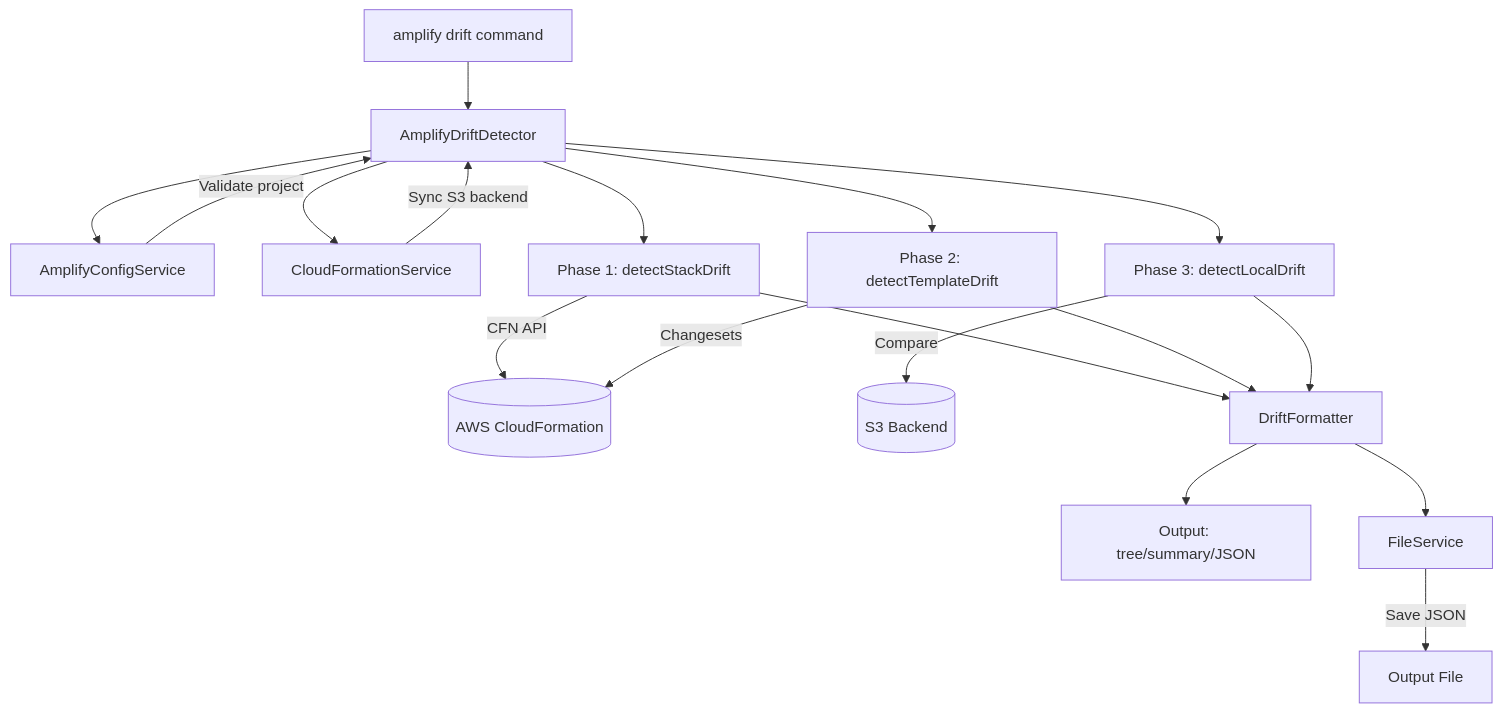
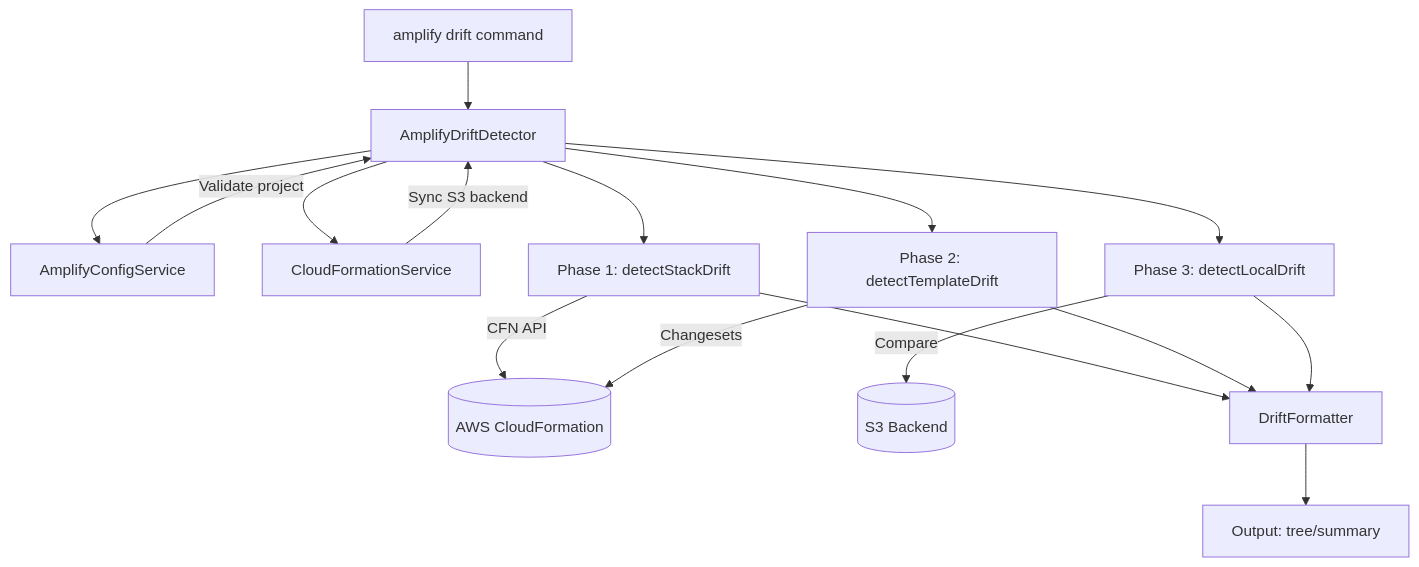
One commit to aws-amplify/amplify-cli changed the first of 2 diagrams in docs/amplify-cli/src/drift.md. Above: the diagram before and after it, drawn with Mermaid. The commit also changed other lines of this file and 4 other files, not shown here.

First line of the commit message:
refactor: remove JSON output feature from drift detection

````diff
--- a/docs/amplify-cli/src/drift.md
+++ b/docs/amplify-cli/src/drift.md
@@ -34,25 +31,23 @@
 ```mermaid
 flowchart TD
     CLI[amplify drift command] --> AD[AmplifyDriftDetector]
     AD --> ACS[AmplifyConfigService]
     AD --> CFS[CloudFormationService]
     
     ACS -->|Validate project| AD
     CFS -->|Sync S3 backend| AD
     
     AD --> P1[Phase 1: detectStackDrift]
     AD --> P2[Phase 2: detectTemplateDrift]
     AD --> P3[Phase 3: detectLocalDrift]
     
     P1 -->|CFN API| AWS[(AWS CloudFormation)]
     P2 -->|Changesets| AWS
     P3 -->|Compare| S3[(S3 Backend)]
     
     P1 --> DF[DriftFormatter]
     P2 --> DF
     P3 --> DF
     
-    DF --> OUT[Output: tree/summary/JSON]
-    DF --> FS[FileService]
-    FS -->|Save JSON| FILE[Output File]
+    DF --> OUT[Output: tree/summary]
 ```
````
